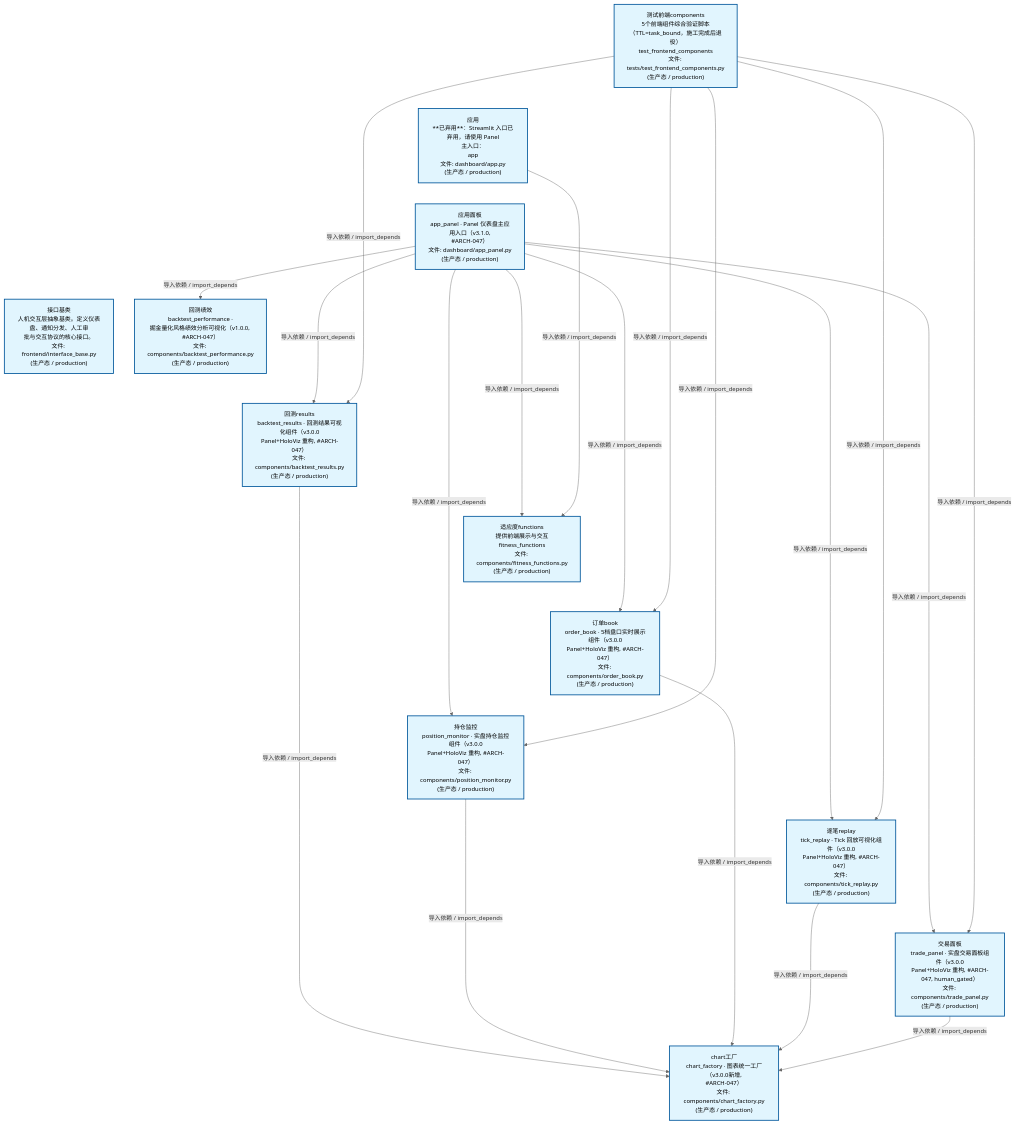
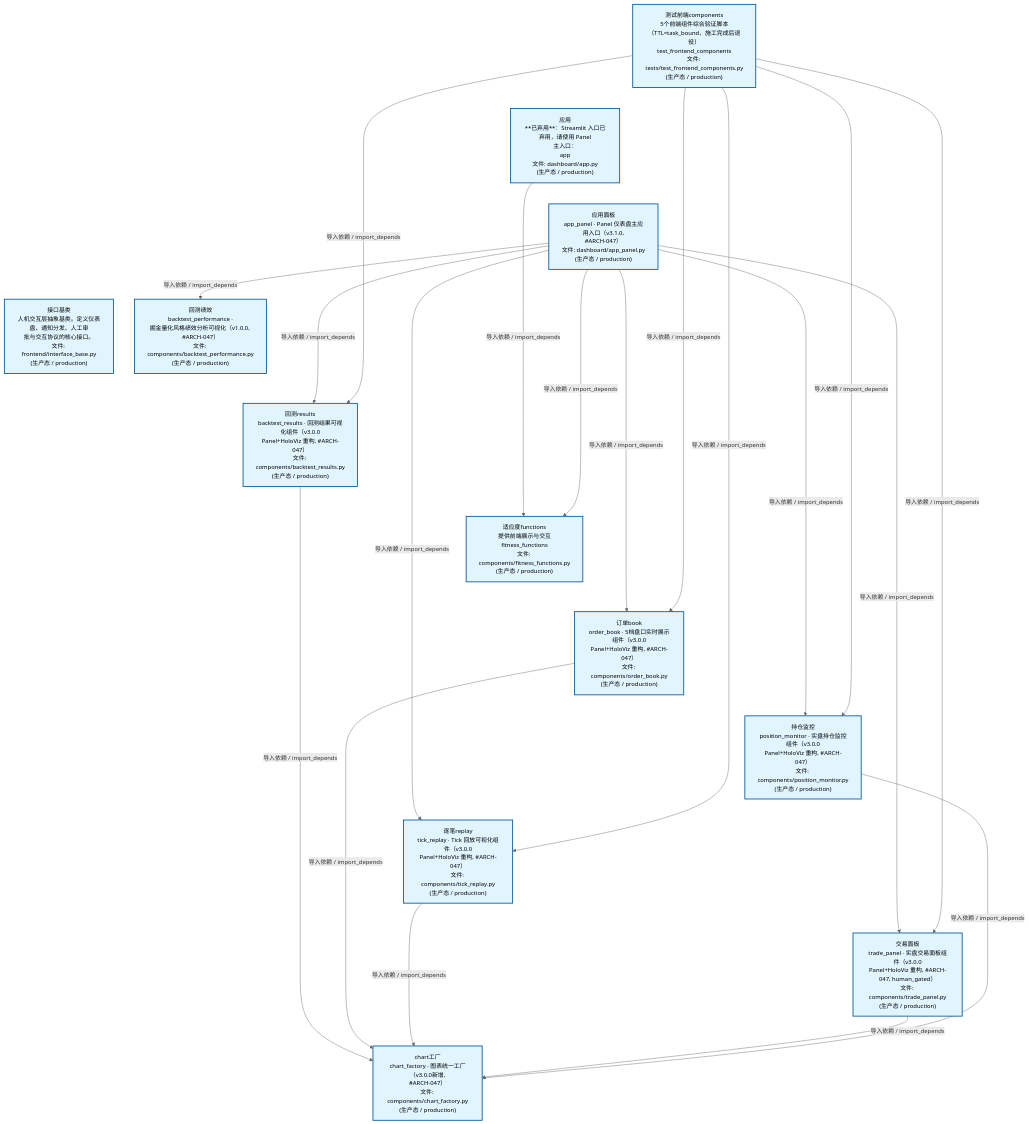
The second of 4 diagrams in docs/02_enterprise_architecture/02_domain_architecture_docs/47_d_frontend.md (xuanFelixVan/ZephyrAlpha), drawn with Mermaid before and after one commit. The commit also changed other lines of this file and 50 other files, not shown here.

````diff
--- a/docs/02_enterprise_architecture/02_domain_architecture_docs/47_d_frontend.md
+++ b/docs/02_enterprise_architecture/02_domain_architecture_docs/47_d_frontend.md
@@ -124,48 +124,48 @@
 ```mermaid
 %%{init: {'theme': 'base', 'themeVariables': {'primaryColor': '#eaeaea', 'primaryTextColor': '#333333', 'primaryBorderColor': '#666666', 'lineColor': '#666666', 'secondaryColor': '#eaeaea', 'tertiaryColor': '#eaeaea', 'fontSize': '14px'}}}%%
 flowchart TD
     scripts_tests_test_frontend_components_py["测试前端components<br/>5个前端组件综合验证脚本<br/>（TTL=task_bound，施工完成后退役）<br/>test_frontend_components<br/>文件: tests/test_frontend_components.py<br/>(生产态 / production)"]
     src_zephyr_frontend_dashboard_app_py["应用<br/>**已弃用**：Streamlit 入口已弃用，请使用 Panel<br/>主入口：<br/>app<br/>文件: dashboard/app.py<br/>(生产态 / production)"]
     src_zephyr_frontend_dashboard_app_panel_py["应用面板<br/>app_panel · Panel 仪表盘主应用入口（v3.1.0,<br/>#ARCH-047）<br/>文件: dashboard/app_panel.py<br/>(生产态 / production)"]
     src_zephyr_frontend_interface_base_py["接口基类<br/>人机交互层抽象基类。定义仪表盘、通知分发、人工审<br/>批与交互协议的核心接口。<br/>文件: frontend/interface_base.py<br/>(生产态 / production)"]
     scripts_tests_test_frontend_components_py ~~~ src_zephyr_frontend_dashboard_app_py
     src_zephyr_frontend_dashboard_app_py ~~~ src_zephyr_frontend_dashboard_app_panel_py
     src_zephyr_frontend_dashboard_app_panel_py ~~~ src_zephyr_frontend_interface_base_py
     src_zephyr_frontend_dashboard_components_backtest_performance_py["回测绩效<br/>backtest_performance ·<br/>掘金量化风格绩效分析可视化（v1.0.0, #ARCH-047）<br/>文件: components/backtest_performance.py<br/>(生产态 / production)"]
     src_zephyr_frontend_dashboard_components_backtest_results_py["回测results<br/>backtest_results · 回测结果可视化组件（v3.0.0<br/>Panel+HoloViz 重构, #ARCH-047）<br/>文件: components/backtest_results.py<br/>(生产态 / production)"]
     src_zephyr_frontend_dashboard_components_fitness_functions_py["适应度functions<br/>提供前端展示与交互<br/>fitness_functions<br/>文件: components/fitness_functions.py<br/>(生产态 / production)"]
     src_zephyr_frontend_dashboard_components_order_book_py["订单book<br/>order_book · 5档盘口实时展示组件（v3.0.0<br/>Panel+HoloViz 重构, #ARCH-047）<br/>文件: components/order_book.py<br/>(生产态 / production)"]
     src_zephyr_frontend_dashboard_components_position_monitor_py["持仓监控<br/>position_monitor · 实盘持仓监控组件（v3.0.0<br/>Panel+HoloViz 重构, #ARCH-047）<br/>文件: components/position_monitor.py<br/>(生产态 / production)"]
     src_zephyr_frontend_dashboard_components_tick_replay_py["逐笔replay<br/>tick_replay · Tick 回放可视化组件（v3.0.0<br/>Panel+HoloViz 重构, #ARCH-047）<br/>文件: components/tick_replay.py<br/>(生产态 / production)"]
     src_zephyr_frontend_dashboard_components_trade_panel_py["交易面板<br/>trade_panel · 实盘交易面板组件（v3.0.0<br/>Panel+HoloViz 重构, #ARCH-047, human_gated）<br/>文件: components/trade_panel.py<br/>(生产态 / production)"]
     src_zephyr_frontend_dashboard_components_backtest_performance_py ~~~ src_zephyr_frontend_dashboard_components_backtest_results_py
     src_zephyr_frontend_dashboard_components_backtest_results_py ~~~ src_zephyr_frontend_dashboard_components_fitness_functions_py
     src_zephyr_frontend_dashboard_components_fitness_functions_py ~~~ src_zephyr_frontend_dashboard_components_order_book_py
     src_zephyr_frontend_dashboard_components_order_book_py ~~~ src_zephyr_frontend_dashboard_components_position_monitor_py
     src_zephyr_frontend_dashboard_components_position_monitor_py ~~~ src_zephyr_frontend_dashboard_components_tick_replay_py
     src_zephyr_frontend_dashboard_components_tick_replay_py ~~~ src_zephyr_frontend_dashboard_components_trade_panel_py
     src_zephyr_frontend_dashboard_components_chart_factory_py["chart工厂<br/>chart_factory · 图表统一工厂（v3.0.0新增,<br/>#ARCH-047）<br/>文件: components/chart_factory.py<br/>(生产态 / production)"]
+    src_zephyr_frontend_dashboard_components_backtest_results_py -->|导入依赖 / import_depends| src_zephyr_frontend_dashboard_components_chart_factory_py
+    src_zephyr_frontend_dashboard_app_py -->|导入依赖 / import_depends| src_zephyr_frontend_dashboard_components_fitness_functions_py
+    src_zephyr_frontend_dashboard_app_panel_py -->|导入依赖 / import_depends| src_zephyr_frontend_dashboard_components_backtest_results_py
+    src_zephyr_frontend_dashboard_app_panel_py -->|导入依赖 / import_depends| src_zephyr_frontend_dashboard_components_backtest_performance_py
     src_zephyr_frontend_dashboard_app_panel_py -->|导入依赖 / import_depends| src_zephyr_frontend_dashboard_components_fitness_functions_py
-    src_zephyr_frontend_dashboard_app_panel_py -->|导入依赖 / import_depends| src_zephyr_frontend_dashboard_components_backtest_results_py
-    src_zephyr_frontend_dashboard_app_panel_py -->|导入依赖 / import_depends| src_zephyr_frontend_dashboard_components_position_monitor_py
-    src_zephyr_frontend_dashboard_app_panel_py -->|导入依赖 / import_depends| src_zephyr_frontend_dashboard_components_backtest_performance_py
     src_zephyr_frontend_dashboard_app_panel_py -->|导入依赖 / import_depends| src_zephyr_frontend_dashboard_components_order_book_py
     src_zephyr_frontend_dashboard_app_panel_py -->|导入依赖 / import_depends| src_zephyr_frontend_dashboard_components_tick_replay_py
     src_zephyr_frontend_dashboard_app_panel_py -->|导入依赖 / import_depends| src_zephyr_frontend_dashboard_components_trade_panel_py
-    src_zephyr_frontend_dashboard_app_py -->|导入依赖 / import_depends| src_zephyr_frontend_dashboard_components_fitness_functions_py
-    src_zephyr_frontend_dashboard_components_backtest_results_py -->|导入依赖 / import_depends| src_zephyr_frontend_dashboard_components_chart_factory_py
-    src_zephyr_frontend_dashboard_components_position_monitor_py -->|导入依赖 / import_depends| src_zephyr_frontend_dashboard_components_chart_factory_py
+    src_zephyr_frontend_dashboard_app_panel_py -->|导入依赖 / import_depends| src_zephyr_frontend_dashboard_components_position_monitor_py
     src_zephyr_frontend_dashboard_components_order_book_py -->|导入依赖 / import_depends| src_zephyr_frontend_dashboard_components_chart_factory_py
     src_zephyr_frontend_dashboard_components_tick_replay_py -->|导入依赖 / import_depends| src_zephyr_frontend_dashboard_components_chart_factory_py
     src_zephyr_frontend_dashboard_components_trade_panel_py -->|导入依赖 / import_depends| src_zephyr_frontend_dashboard_components_chart_factory_py
+    src_zephyr_frontend_dashboard_components_position_monitor_py -->|导入依赖 / import_depends| src_zephyr_frontend_dashboard_components_chart_factory_py
     scripts_tests_test_frontend_components_py -->|导入依赖 / import_depends| src_zephyr_frontend_dashboard_components_backtest_results_py
-    scripts_tests_test_frontend_components_py -->|导入依赖 / import_depends| src_zephyr_frontend_dashboard_components_position_monitor_py
     scripts_tests_test_frontend_components_py -->|导入依赖 / import_depends| src_zephyr_frontend_dashboard_components_order_book_py
     scripts_tests_test_frontend_components_py -->|导入依赖 / import_depends| src_zephyr_frontend_dashboard_components_tick_replay_py
     scripts_tests_test_frontend_components_py -->|导入依赖 / import_depends| src_zephyr_frontend_dashboard_components_trade_panel_py
+    scripts_tests_test_frontend_components_py -->|导入依赖 / import_depends| src_zephyr_frontend_dashboard_components_position_monitor_py
     classDef production fill:#e1f5fe,stroke:#01579b,stroke-width:2px,color:#000
     classDef design fill:#fff3e0,stroke:#e65100,stroke-width:2px,color:#000,stroke-dasharray: 5 5
     classDef external_prod fill:#e8f4fd,stroke:#0277bd,stroke-width:1px,color:#000
     classDef external_design fill:#fff8e7,stroke:#ef6c00,stroke-width:1px,color:#000,stroke-dasharray: 5 5
     class scripts_tests_test_frontend_components_py,src_zephyr_frontend_dashboard_app_py,src_zephyr_frontend_dashboard_app_panel_py,src_zephyr_frontend_dashboard_components_backtest_performance_py,src_zephyr_frontend_dashboard_components_backtest_results_py,src_zephyr_frontend_dashboard_components_chart_factory_py,src_zephyr_frontend_dashboard_components_fitness_functions_py,src_zephyr_frontend_dashboard_components_order_book_py,src_zephyr_frontend_dashboard_components_position_monitor_py,src_zephyr_frontend_dashboard_components_tick_replay_py,src_zephyr_frontend_dashboard_components_trade_panel_py,src_zephyr_frontend_interface_base_py production
 ```
````
